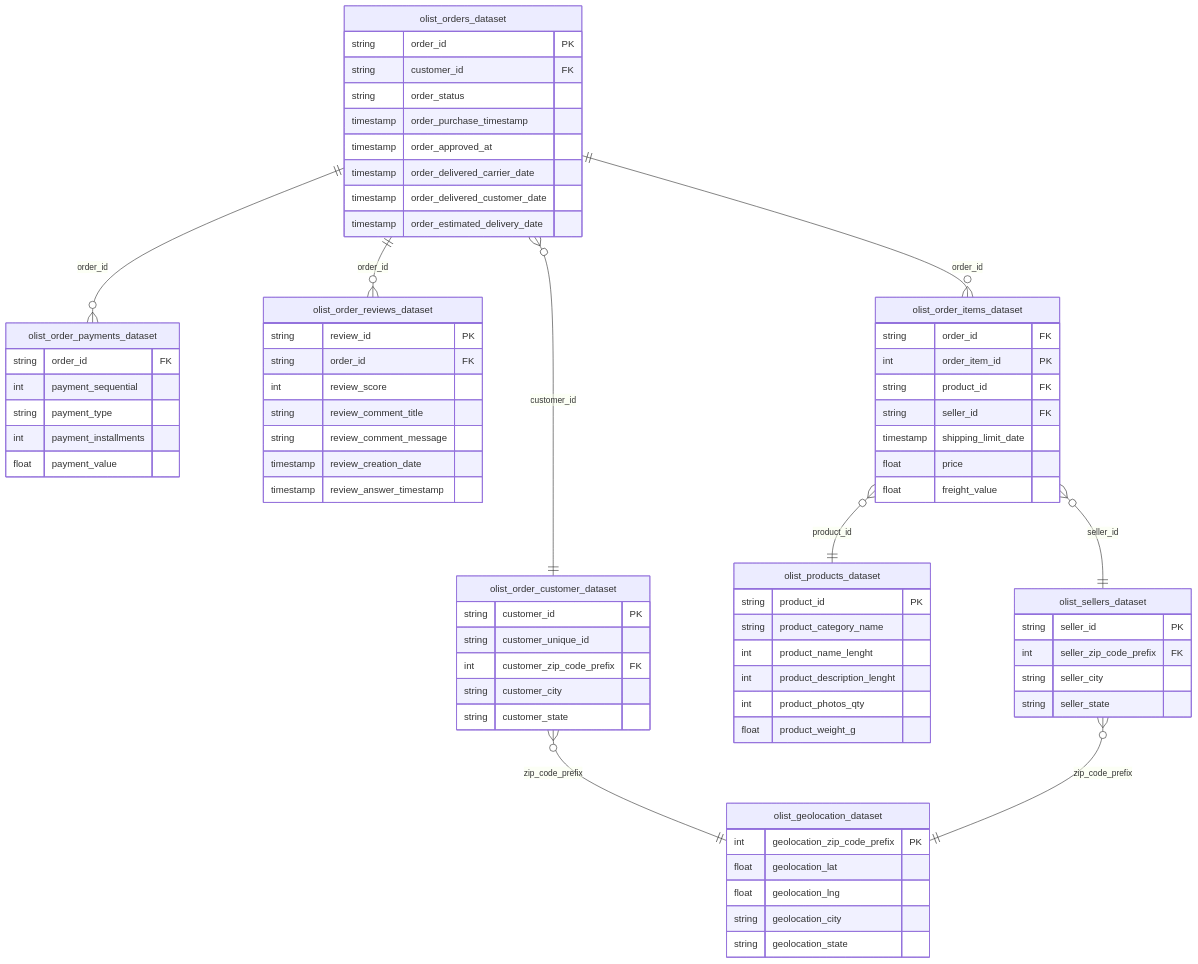
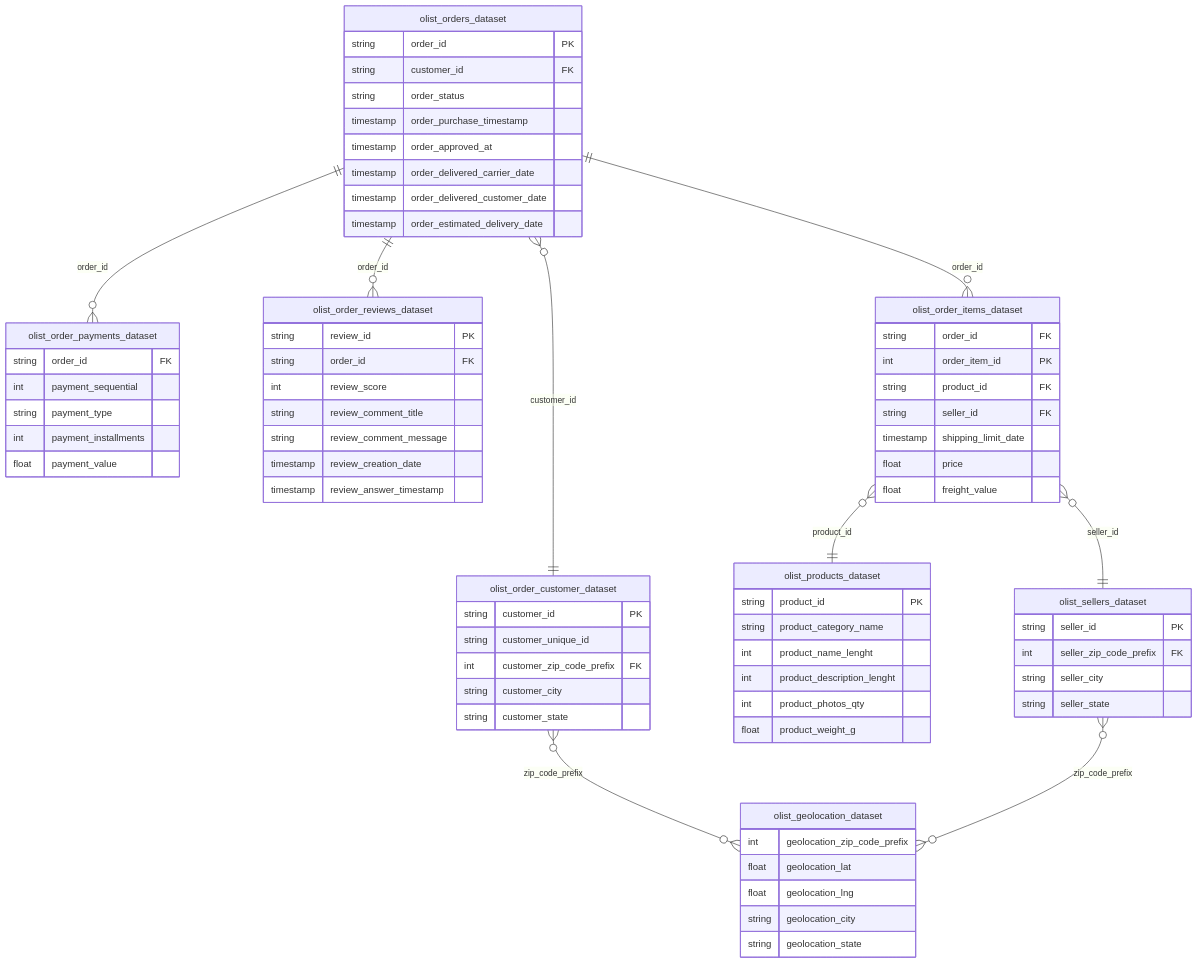
One commit to Ayush-D2004/E-Commerce-Analytics changed the diagram in readme.md. Above: the diagram before and after it, drawn with Mermaid. The commit also changed other lines of this file and 3 other files, not shown here.

````diff
--- a/readme.md
+++ b/readme.md
@@ -31,75 +31,75 @@
 ```mermaid
 erDiagram
     olist_orders_dataset ||--o{ olist_order_payments_dataset : "order_id"
     olist_orders_dataset ||--o{ olist_order_reviews_dataset : "order_id"
     olist_orders_dataset ||--o{ olist_order_items_dataset : "order_id"
     olist_orders_dataset }o--|| olist_order_customer_dataset : "customer_id"
     olist_order_items_dataset }o--|| olist_products_dataset : "product_id"
     olist_order_items_dataset }o--|| olist_sellers_dataset : "seller_id"
-    olist_order_customer_dataset }o--|| olist_geolocation_dataset : "zip_code_prefix"
-    olist_sellers_dataset }o--|| olist_geolocation_dataset : "zip_code_prefix"
+    olist_order_customer_dataset }o--o{ olist_geolocation_dataset : "zip_code_prefix"
+    olist_sellers_dataset }o--o{ olist_geolocation_dataset : "zip_code_prefix"
 
     olist_orders_dataset {
         string order_id PK
         string customer_id FK
         string order_status
         timestamp order_purchase_timestamp
         timestamp order_approved_at
         timestamp order_delivered_carrier_date
         timestamp order_delivered_customer_date
         timestamp order_estimated_delivery_date
     }
     olist_order_customer_dataset {
         string customer_id PK
         string customer_unique_id
         int customer_zip_code_prefix FK
         string customer_city
         string customer_state
     }
     olist_order_items_dataset {
         string order_id FK
         int order_item_id PK
         string product_id FK
         string seller_id FK
         timestamp shipping_limit_date
         float price
         float freight_value
     }
     olist_order_payments_dataset {
         string order_id FK
         int payment_sequential
         string payment_type
         int payment_installments
         float payment_value
     }
     olist_order_reviews_dataset {
         string review_id PK
         string order_id FK
         int review_score
         string review_comment_title
         string review_comment_message
         timestamp review_creation_date
         timestamp review_answer_timestamp
     }
     olist_products_dataset {
         string product_id PK
         string product_category_name
         int product_name_lenght
         int product_description_lenght
         int product_photos_qty
         float product_weight_g
     }
     olist_sellers_dataset {
         string seller_id PK
         int seller_zip_code_prefix FK
         string seller_city
         string seller_state
     }
     olist_geolocation_dataset {
-        int geolocation_zip_code_prefix PK
+        int geolocation_zip_code_prefix
         float geolocation_lat
         float geolocation_lng
         string geolocation_city
         string geolocation_state
     }
 ```
````
